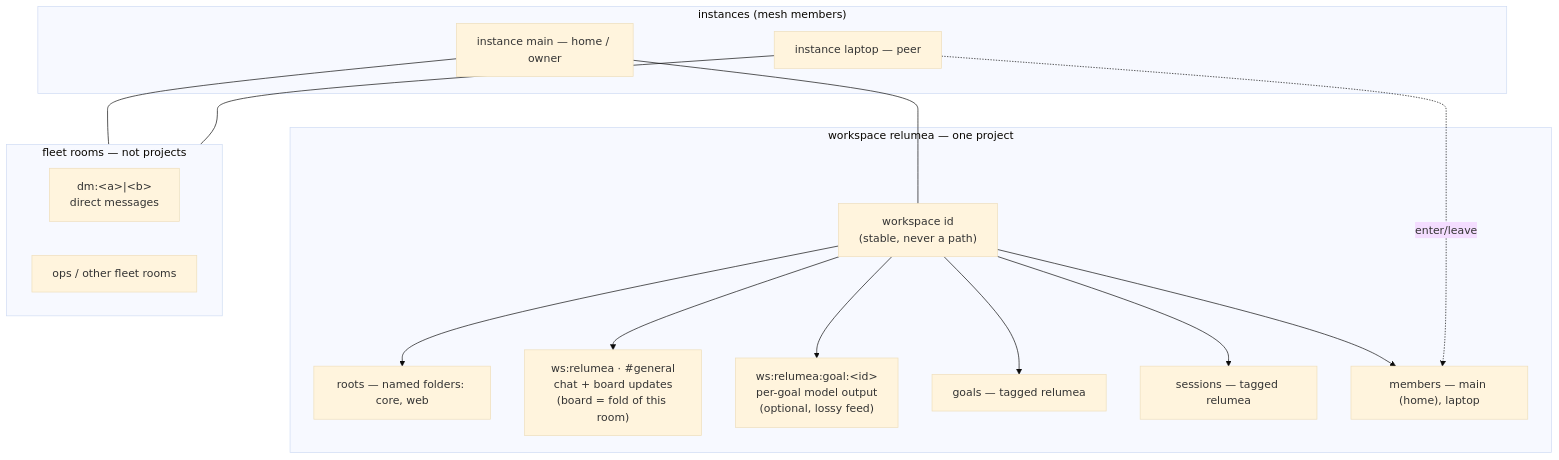
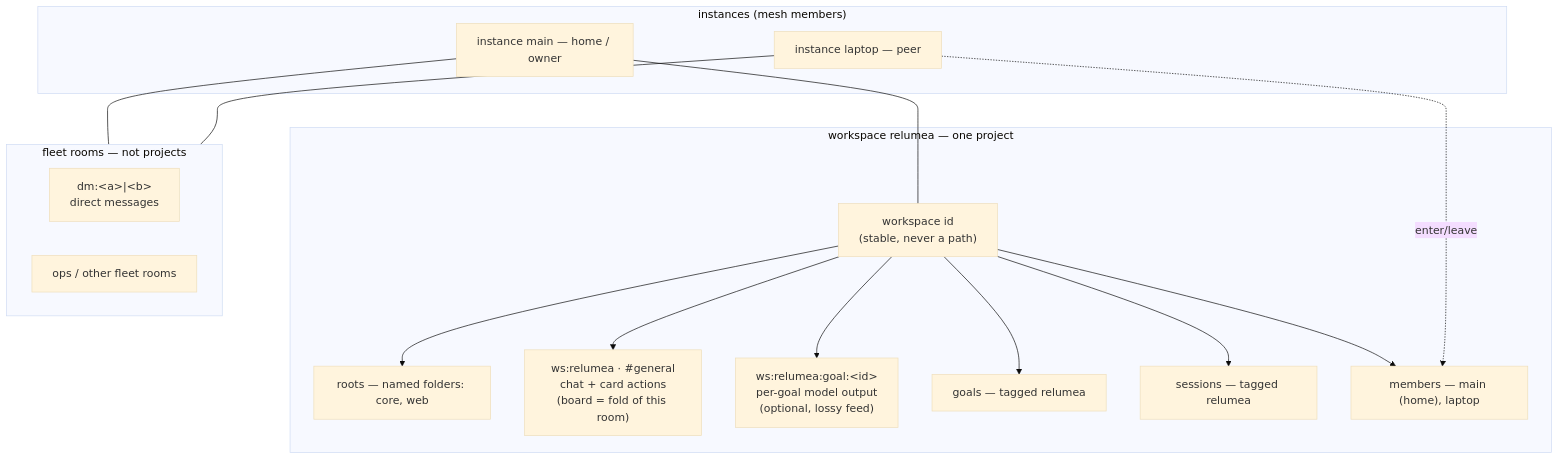
Before and after one commit to maci0/clanker: the second of 9 diagrams in docs/rfcs/0001-workspace-room-board-hierarchy.md, drawn with Mermaid (base theme). The commit also changed other lines of this file and 21 other files, not shown here.

````diff
--- a/docs/rfcs/0001-workspace-room-board-hierarchy.md
+++ b/docs/rfcs/0001-workspace-room-board-hierarchy.md
@@ -248,27 +268,27 @@
   ```mermaid
   flowchart TD
       subgraph Inst["instances (mesh members)"]
           Main["instance main — home / owner"]
           Laptop["instance laptop — peer"]
       end
 
       subgraph WS["workspace relumea — one project"]
           W["workspace id<br/>(stable, never a path)"]
           W --> Roots["roots — named folders: core, web"]
-          W --> Gen["ws:relumea · #general<br/>chat + board updates<br/>(board = fold of this room)"]
+          W --> Gen["ws:relumea · #general<br/>chat + card actions<br/>(board = fold of this room)"]
           W --> GoalRoom["ws:relumea:goal:&lt;id&gt;<br/>per-goal model output<br/>(optional, lossy feed)"]
           W --> Goals["goals — tagged relumea"]
           W --> Sessions["sessions — tagged relumea"]
           W --> Members["members — main (home), laptop"]
       end
 
       subgraph Fleet["fleet rooms — not projects"]
           DM["dm:&lt;a&gt;|&lt;b&gt;<br/>direct messages"]
           Ops["ops / other fleet rooms"]
       end
 
       Main --- W
       Laptop -.->|enter/leave| Members
       Main --- Fleet
       Laptop --- Fleet
   ```
````
